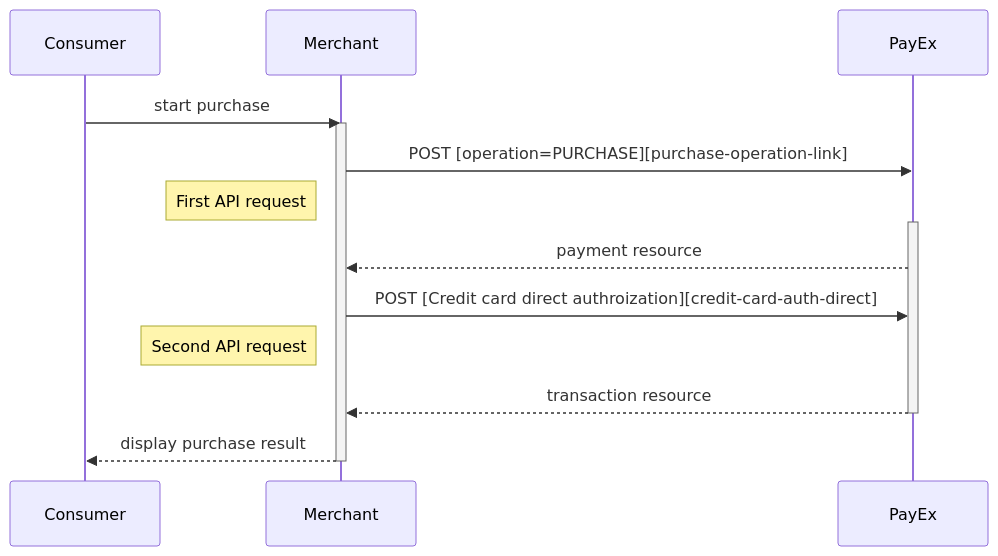
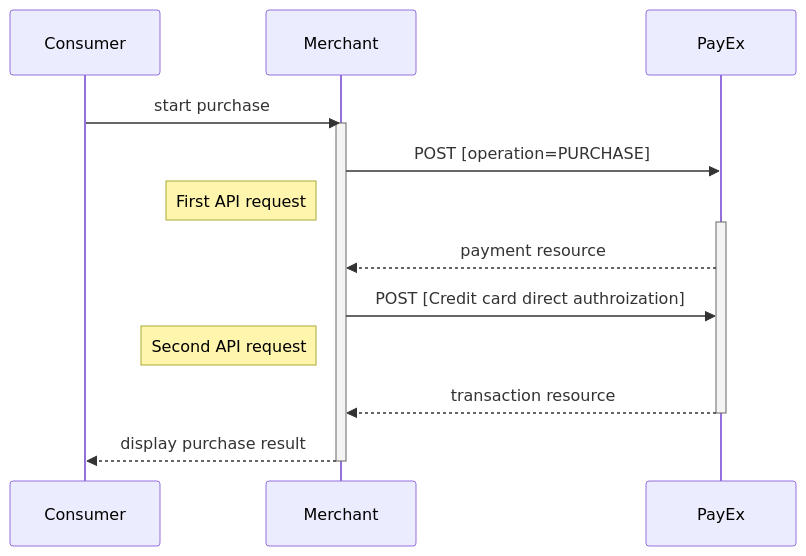
The first of 2 diagrams in payments/credit-card/direct.md (SwedbankPay/developer.swedbankpay.com), drawn with Mermaid before and after one commit. The commit also changed other lines of this file and 3 other files, not shown here.

````diff
--- a/payments/credit-card/direct.md
+++ b/payments/credit-card/direct.md
@@ -111,17 +111,17 @@
 ```mermaid
 sequenceDiagram
   Consumer->>Merchant: start purchase
   activate Merchant
-  Merchant->>PayEx: POST [operation=PURCHASE][purchase-operation-link]
+  Merchant->>PayEx: POST [operation=PURCHASE]
   note left of Merchant: First API request
   activate PayEx
   PayEx-->>Merchant: payment resource
 
-  Merchant ->> PayEx: POST [Credit card direct authroization][credit-card-auth-direct]
+  Merchant ->> PayEx: POST [Credit card direct authroization]
   note left of Merchant: Second API request
   PayEx -->> Merchant: transaction resource
 
   deactivate PayEx
   Merchant-->>Consumer: display purchase result
   deactivate Merchant
 ```
````
